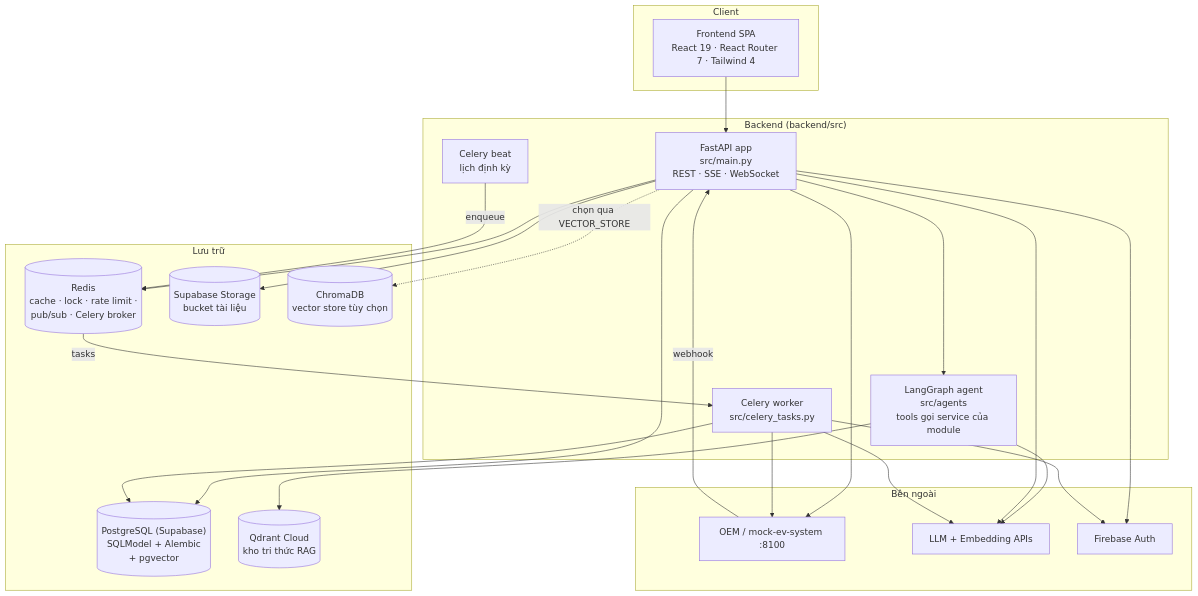
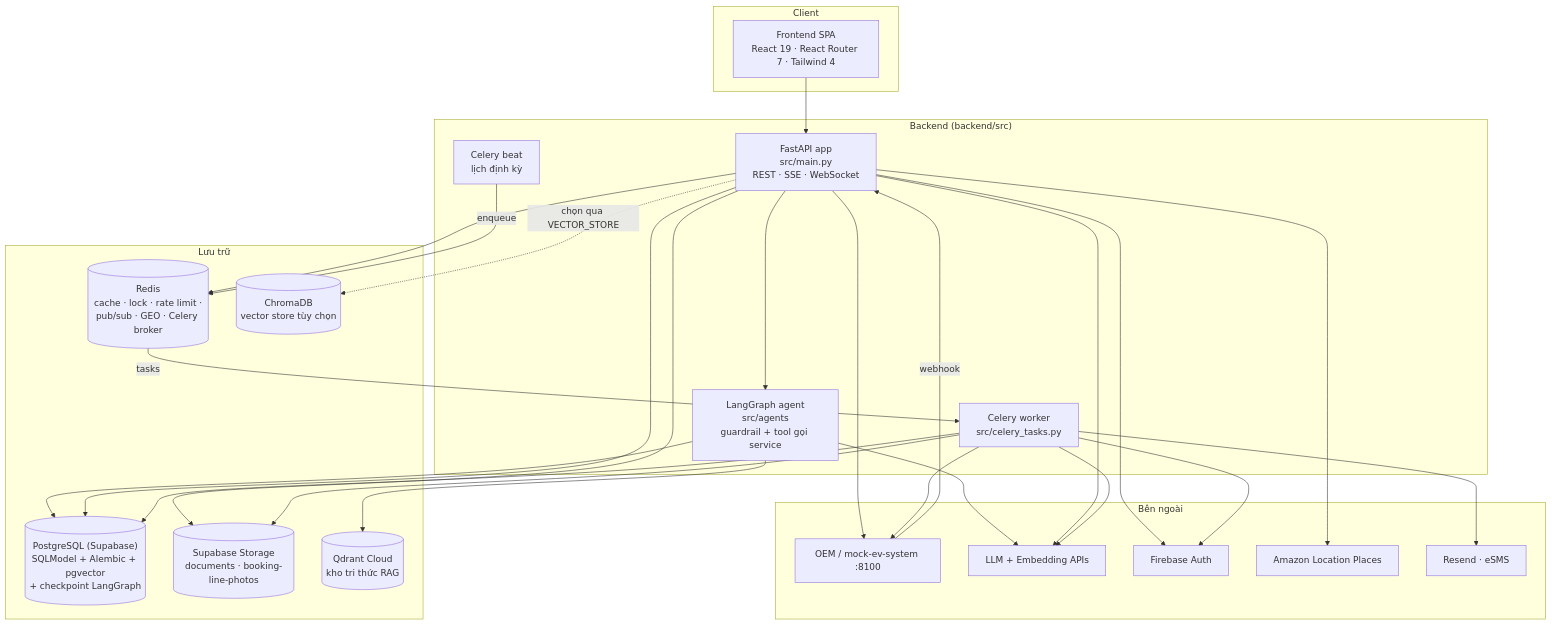
One commit to tungld9999blacksmith/mvp-40-days-deployments-team-146 changed the second of 8 diagrams in docs/architecture.md. Above: the diagram before and after it, drawn with Mermaid. The commit also changed other lines of this file and 240 other files, not shown here.

````diff
--- a/docs/architecture.md
+++ b/docs/architecture.md
@@ -45,48 +49,54 @@
 ```mermaid
 flowchart TB
     subgraph Client
         FE["Frontend SPA<br/>React 19 · React Router 7 · Tailwind 4"]
     end
 
     subgraph Backend["Backend (backend/src)"]
         API["FastAPI app<br/>src/main.py<br/>REST · SSE · WebSocket"]
-        Agent["LangGraph agent<br/>src/agents<br/>tools gọi service của module"]
+        Agent["LangGraph agent<br/>src/agents<br/>guardrail + tool gọi service"]
         Worker["Celery worker<br/>src/celery_tasks.py"]
         Beat["Celery beat<br/>lịch định kỳ"]
     end
 
     subgraph Data["Lưu trữ"]
-        PG[("PostgreSQL (Supabase)<br/>SQLModel + Alembic<br/>+ pgvector")]
-        Redis[("Redis<br/>cache · lock · rate limit ·<br/>pub/sub · Celery broker")]
-        Bucket[("Supabase Storage<br/>bucket tài liệu")]
+        PG[("PostgreSQL (Supabase)<br/>SQLModel + Alembic + pgvector<br/>+ checkpoint LangGraph")]
+        Redis[("Redis<br/>cache · lock · rate limit ·<br/>pub/sub · GEO · Celery broker")]
+        Bucket[("Supabase Storage<br/>documents · booking-line-photos")]
         Qdrant[("Qdrant Cloud<br/>kho tri thức RAG")]
         Chroma[("ChromaDB<br/>vector store tùy chọn")]
     end
 
     subgraph External["Bên ngoài"]
         OEM["OEM / mock-ev-system :8100"]
         LLM["LLM + Embedding APIs"]
         FB["Firebase Auth"]
+        LOC["Amazon Location Places"]
+        CH["Resend · eSMS"]
     end
 
     FE --> API
     API --> Agent
     Agent --> Qdrant
     Agent --> LLM
+    Agent --> PG
     API --> PG
     API --> Redis
     API --> Bucket
     API --> LLM
     API --> FB
     API --> OEM
+    API --> LOC
     OEM -- webhook --> API
 
     Beat -- enqueue --> Redis
     Redis -- tasks --> Worker
     Worker --> PG
     Worker --> OEM
     Worker --> LLM
     Worker --> FB
+    Worker --> CH
+    Worker --> Bucket
 
     API -. chọn qua VECTOR_STORE .-> Chroma
 ```
````
